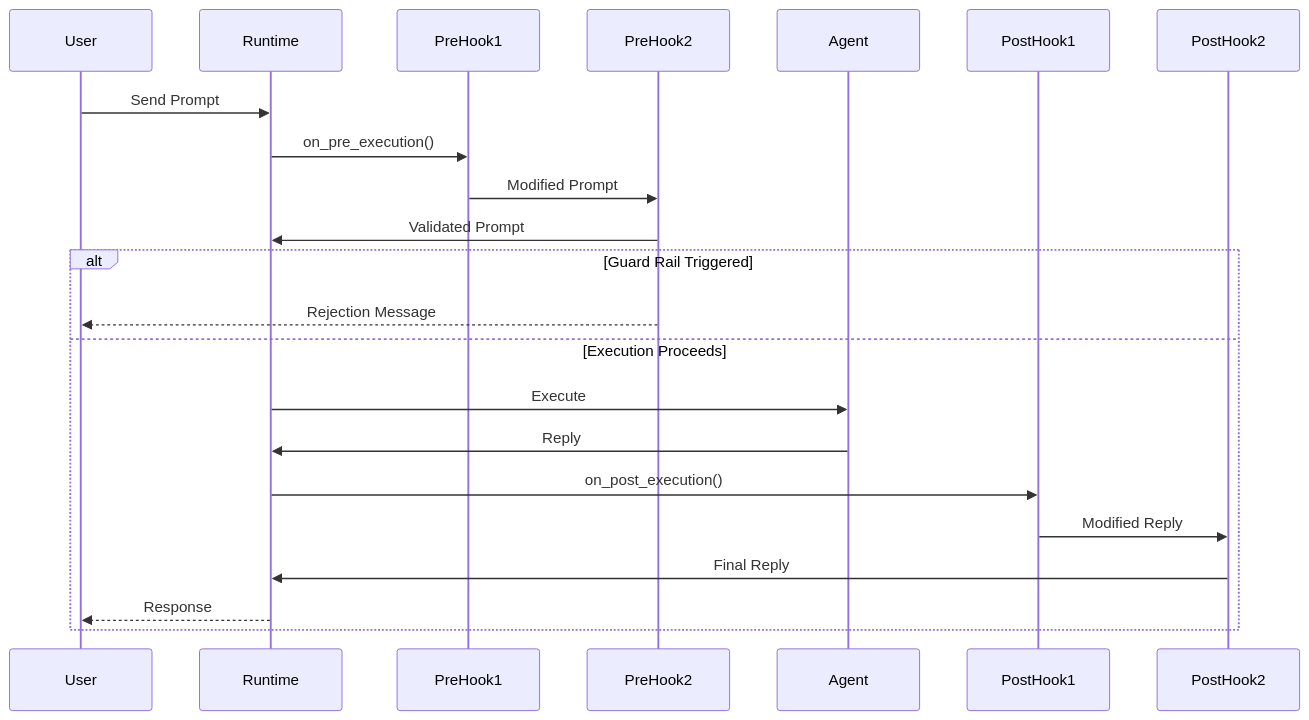
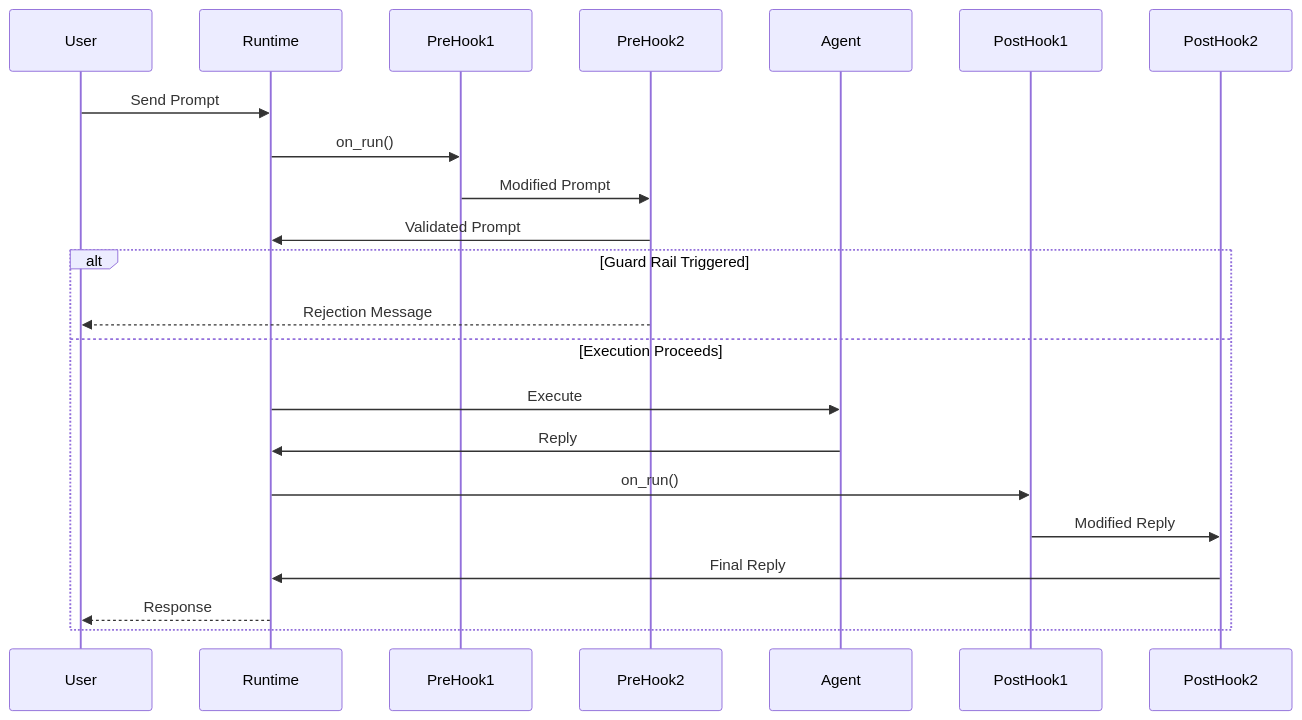
The diagram in docs/docs/integrations/hooks.md (yaalalabs/agent-kernel), drawn with Mermaid before and after one commit. The commit also changed other lines of this file and 5 other files, not shown here.

````diff
--- a/docs/docs/integrations/hooks.md
+++ b/docs/docs/integrations/hooks.md
@@ -15,26 +15,26 @@
 ```mermaid
 sequenceDiagram
     participant User
     participant Runtime
     participant PreHook1
     participant PreHook2
     participant Agent
     participant PostHook1
     participant PostHook2
     
     User->>Runtime: Send Prompt
-    Runtime->>PreHook1: on_pre_execution()
+    Runtime->>PreHook1: on_run()
     PreHook1->>PreHook2: Modified Prompt
     PreHook2->>Runtime: Validated Prompt
     
     alt Guard Rail Triggered
         PreHook2-->>User: Rejection Message
     else Execution Proceeds
         Runtime->>Agent: Execute
         Agent->>Runtime: Reply
-        Runtime->>PostHook1: on_post_execution()
+        Runtime->>PostHook1: on_run()
         PostHook1->>PostHook2: Modified Reply
         PostHook2->>Runtime: Final Reply
         Runtime-->>User: Response
     end
 ```
````
